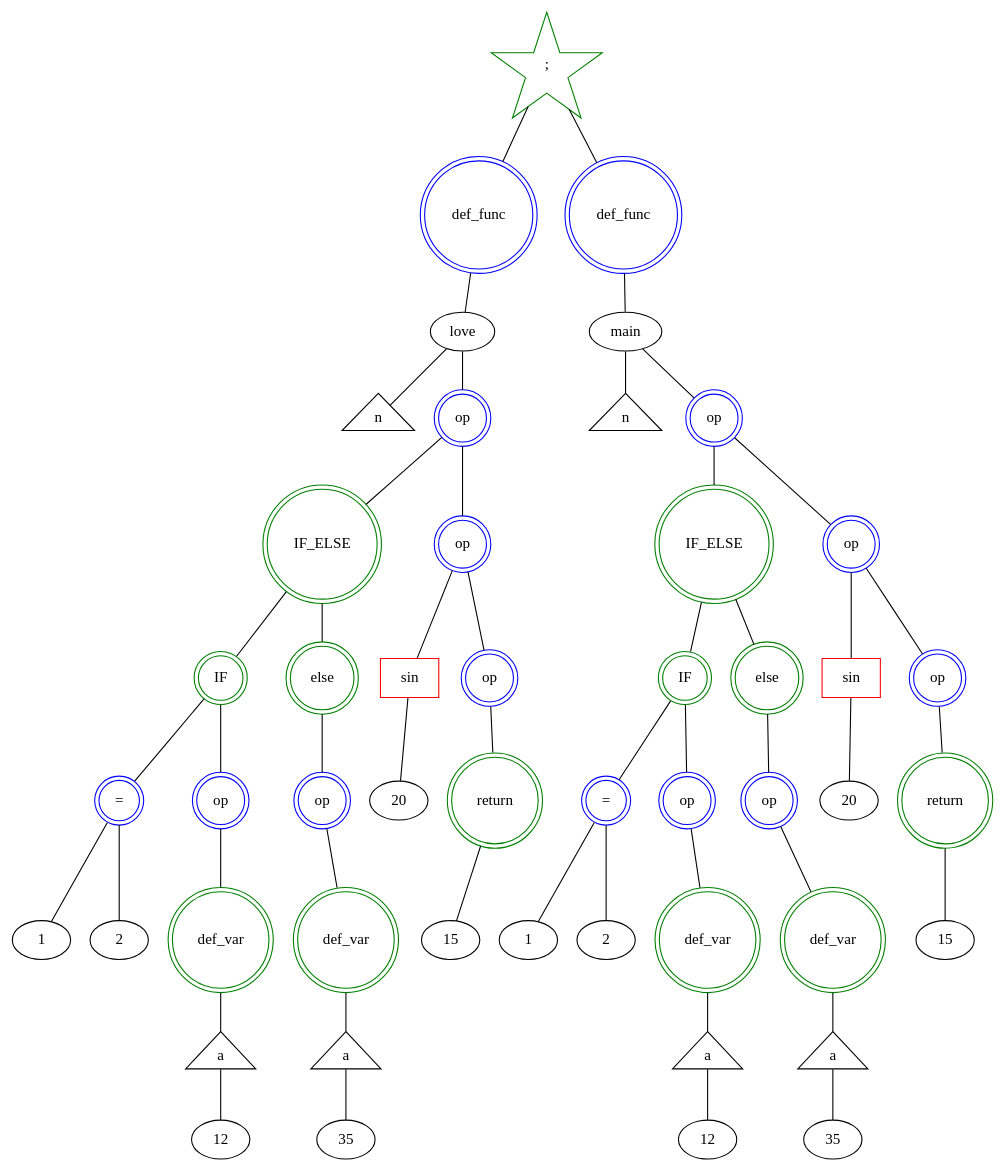
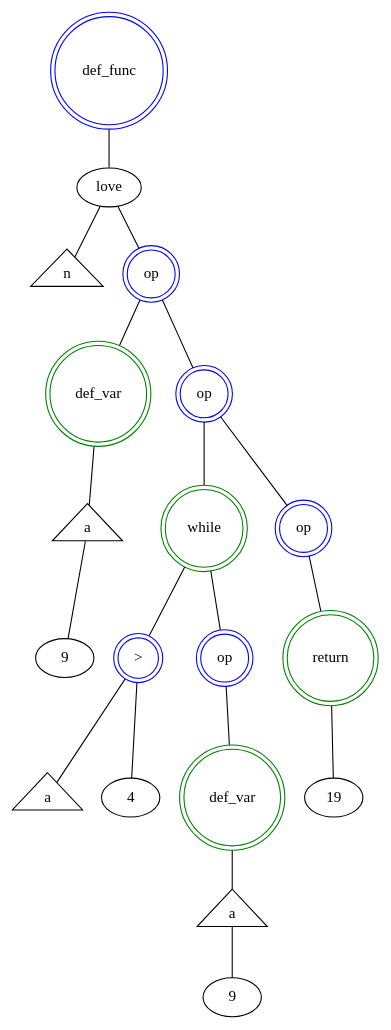
The diagram in gr1.dot (vvdvortsova/the_cure_language), drawn with Graphviz before and after one commit. The commit also changed 6 other files, not shown here.

```diff
--- a/gr1.dot
+++ b/gr1.dot
@@ -1,103 +1,39 @@
 graph astdump {
-_0P[shape=star, color=green,label=";"]
-_0P -- _15DF;
-_15DF[shape=doublecircle, color=blue,label="def_func"]
-_0P -- _31DF;
-_31DF[shape=doublecircle, color=blue,label="def_func"]
-_15DF[shape=doublecircle, color=blue,label="def_func"]
-_15DF -- _14FN;
-_14FN [label="love"]
-_14FN -- _3V;
+_11DF[shape=doublecircle, color=blue,label="def_func"]
+_11DF -- _10FN;
+_10FN [label="love"]
+_10FN -- _3V;
 _3V [shape=triangle,label="n"]
-_14FN -- _9OP;
-_9OP[shape=doublecircle, color=blue,label="op"]
-_9OP -- _6SO;
-_9OP -- _11OP;
-_6SO[shape=doublecircle, color=green,label="IF_ELSE"]
-_6SO -- _7SO;
-_6SO -- _3SO;
-_7SO[shape=doublecircle, color=green,label="IF"]
-_7SO -- _5BOP;
-_7SO -- _3OP;
-_5BOP[shape=doublecircle, color=blue,label="="]
-_5BOP -- _8N1;
-_8N1 [label="1"]
-_5BOP -- _10N2;
-_10N2 [label="2"]
-_3OP[shape=doublecircle, color=blue,label="op"]
-_3OP -- _13SO;
-_13SO[shape=doublecircle, color=green,label="def_var"]
-_13SO -- _14V;
-_14V [shape=triangle,label="a"]
-_14V -- _16N12;
-_16N12 [label="12"]
-_3SO[shape=doublecircle, color=green,label="else"]
-_3SO -- _6OP;
-_6OP[shape=doublecircle, color=blue,label="op"]
-_6OP -- _21SO;
-_21SO[shape=doublecircle, color=green,label="def_var"]
-_21SO -- _22V;
-_22V [shape=triangle,label="a"]
-_22V -- _24N35;
-_24N35 [label="35"]
-_11OP[shape=doublecircle, color=blue,label="op"]
-_11OP -- _32MF7;
-_32MF7 [label="7"]
-_11OP -- _14OP;
-_32MF7[shape=box, color=red,label="sin"]
-_32MF7 -- _30N20;
-_30N20 [label="20"]
-_14OP[shape=doublecircle, color=blue,label="op"]
-_14OP -- _11SO;
-_11SO[shape=doublecircle, color=green,label="return"]
-_11SO -- _34N15;
-_34N15 [label="15"]
-_31DF[shape=doublecircle, color=blue,label="def_func"]
-_31DF -- _30FN;
-_30FN [label="main"]
-_30FN -- _41V;
-_41V [shape=triangle,label="n"]
-_30FN -- _25OP;
-_25OP[shape=doublecircle, color=blue,label="op"]
-_25OP -- _22SO;
-_25OP -- _27OP;
-_22SO[shape=doublecircle, color=green,label="IF_ELSE"]
-_22SO -- _45SO;
-_22SO -- _19SO;
-_45SO[shape=doublecircle, color=green,label="IF"]
-_45SO -- _21BOP;
-_45SO -- _19OP;
-_21BOP[shape=doublecircle, color=blue,label="="]
-_21BOP -- _46N1;
-_46N1 [label="1"]
-_21BOP -- _48N2;
-_48N2 [label="2"]
-_19OP[shape=doublecircle, color=blue,label="op"]
-_19OP -- _51SO;
-_51SO[shape=doublecircle, color=green,label="def_var"]
-_51SO -- _52V;
-_52V [shape=triangle,label="a"]
-_52V -- _54N12;
-_54N12 [label="12"]
-_19SO[shape=doublecircle, color=green,label="else"]
-_19SO -- _22OP;
-_22OP[shape=doublecircle, color=blue,label="op"]
-_22OP -- _59SO;
-_59SO[shape=doublecircle, color=green,label="def_var"]
-_59SO -- _60V;
-_60V [shape=triangle,label="a"]
-_60V -- _62N35;
-_62N35 [label="35"]
-_27OP[shape=doublecircle, color=blue,label="op"]
-_27OP -- _70MF7;
-_70MF7 [label="7"]
-_27OP -- _30OP;
-_70MF7[shape=box, color=red,label="sin"]
-_70MF7 -- _68N20;
-_68N20 [label="20"]
-_30OP[shape=doublecircle, color=blue,label="op"]
-_30OP -- _27SO;
-_27SO[shape=doublecircle, color=green,label="return"]
-_27SO -- _72N15;
-_72N15 [label="15"]
+_10FN -- _2OP;
+_2OP[shape=doublecircle, color=blue,label="op"]
+_2OP -- _6SO;
+_2OP -- _7OP;
+_6SO[shape=doublecircle, color=green,label="def_var"]
+_6SO -- _7V;
+_7V [shape=triangle,label="a"]
+_7V -- _9N9;
+_9N9 [label="9"]
+_7OP[shape=doublecircle, color=blue,label="op"]
+_7OP -- _11SO;
+_7OP -- _10OP;
+_11SO[shape=doublecircle, color=green,label="while"]
+_11SO -- _7BOP;
+_11SO -- _5OP;
+_7BOP[shape=doublecircle, color=blue,label=">"]
+_7BOP -- _13V;
+_13V [shape=triangle,label="a"]
+_7BOP -- _15N4;
+_15N4 [label="4"]
+_5OP[shape=doublecircle, color=blue,label="op"]
+_5OP -- _18SO;
+_18SO[shape=doublecircle, color=green,label="def_var"]
+_18SO -- _19V;
+_19V [shape=triangle,label="a"]
+_19V -- _21N9;
+_21N9 [label="9"]
+_10OP[shape=doublecircle, color=blue,label="op"]
+_10OP -- _7SO;
+_7SO[shape=doublecircle, color=green,label="return"]
+_7SO -- _26N19;
+_26N19 [label="19"]
 }
```
